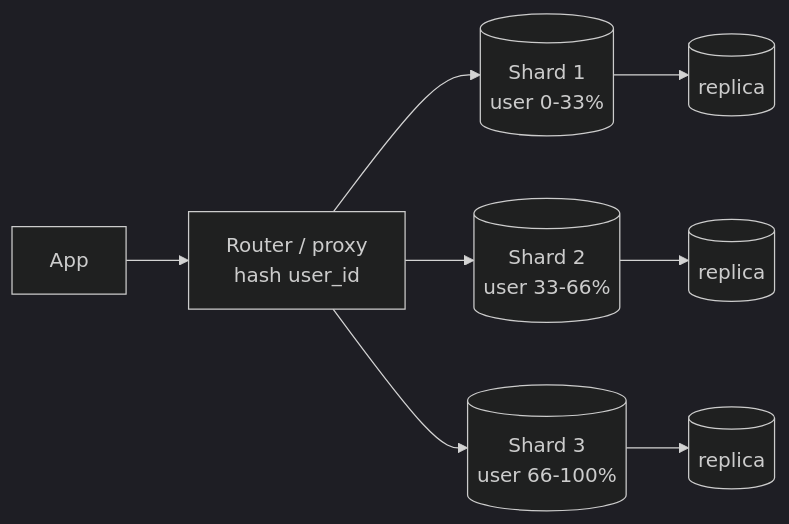
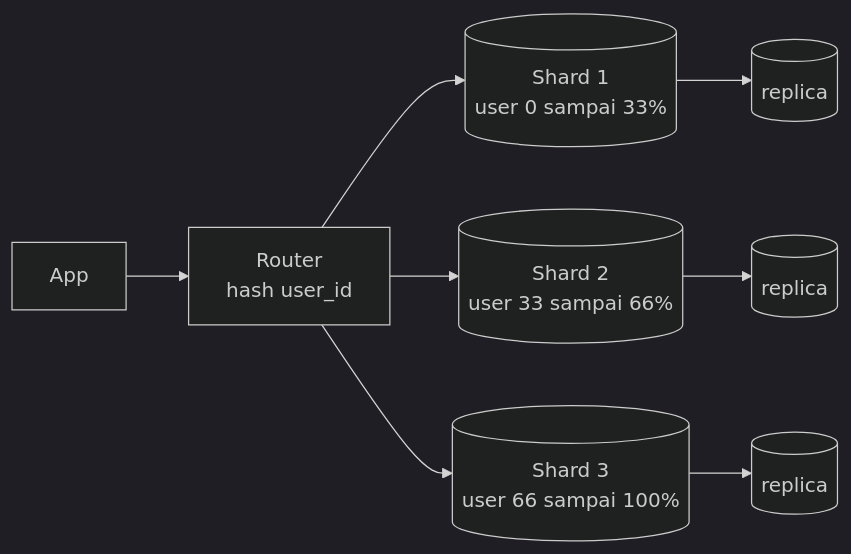
Before and after one commit to andreanpradanaa/sysdesign-lab: the second of 2 diagrams in src/content/lessons/bagian-2/database.mdx, drawn with Mermaid (dark theme). The commit also changed other lines of this file and 18 other files, not shown here.

````diff
--- a/src/content/lessons/bagian-2/database.mdx
+++ b/src/content/lessons/bagian-2/database.mdx
@@ -158,10 +163,10 @@
 ```mermaid
 flowchart LR
-  A[App] --> R[Router / proxy\nhash user_id]
-  R --> S1[(Shard 1\nuser 0-33%)]
-  R --> S2[(Shard 2\nuser 33-66%)]
-  R --> S3[(Shard 3\nuser 66-100%)]
-  S1 --> S1r[(replica)]
-  S2 --> S2r[(replica)]
-  S3 --> S3r[(replica)]
+  A[App] --> R["Router\nhash user_id"]
+  R --> S1[("Shard 1\nuser 0 sampai 33%")]
+  R --> S2[("Shard 2\nuser 33 sampai 66%")]
+  R --> S3[("Shard 3\nuser 66 sampai 100%")]
+  S1 --> S1r[("replica")]
+  S2 --> S2r[("replica")]
+  S3 --> S3r[("replica")]
 ```
````
